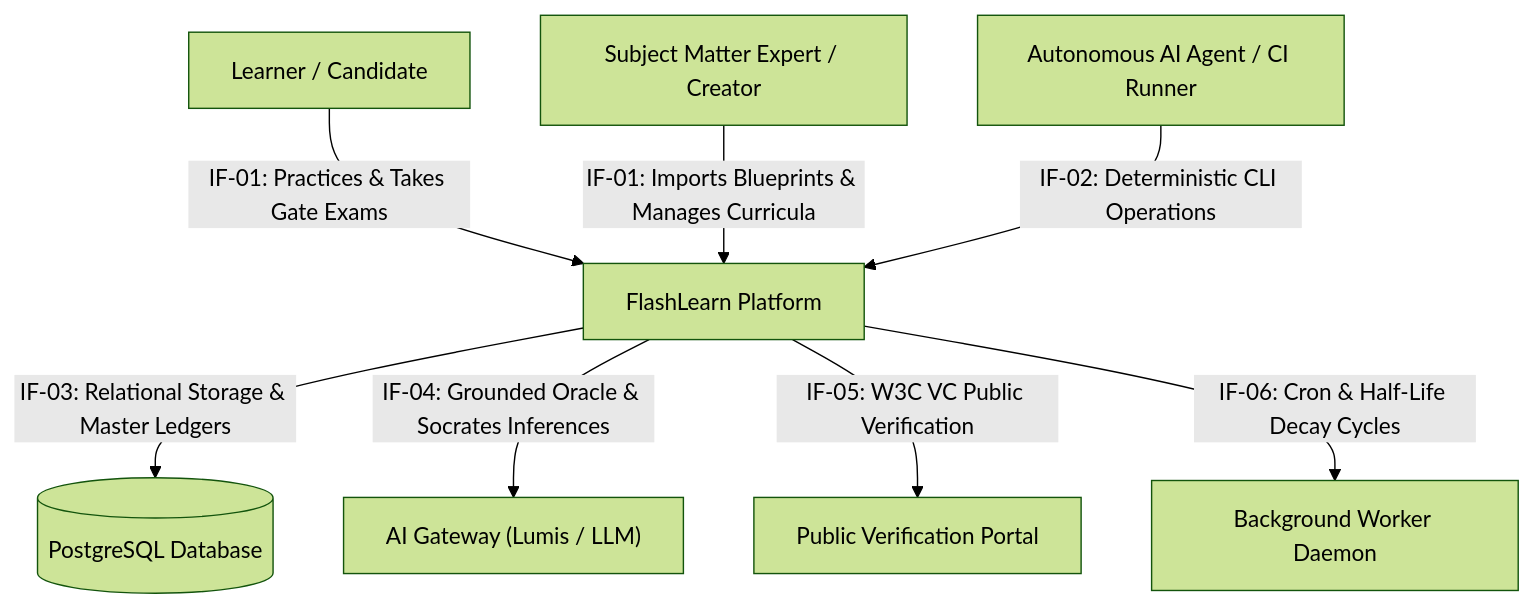
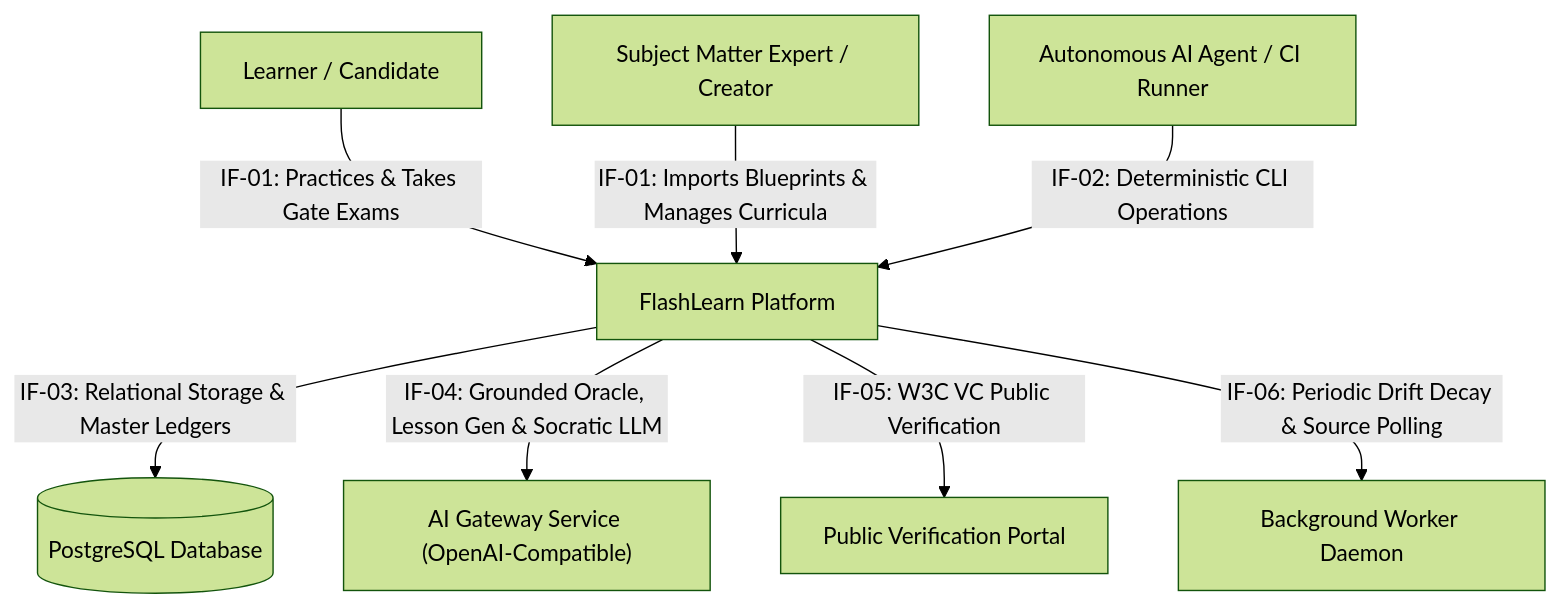
The diagram in docs/architecture/03_context_and_scope.md (ihkaru/flashlearn), drawn with Mermaid (forest theme) before and after one commit. The commit also changed other lines of this file and 69 other files, not shown here.

````diff
--- a/docs/architecture/03_context_and_scope.md
+++ b/docs/architecture/03_context_and_scope.md
@@ -28,11 +26,11 @@
 ```mermaid
 graph TD
     User["Learner / Candidate"] -->|"IF-01: Practices & Takes Gate Exams"| System["FlashLearn Platform"]
     Creator["Subject Matter Expert / Creator"] -->|"IF-01: Imports Blueprints & Manages Curricula"| System
     AgentCLI["Autonomous AI Agent / CI Runner"] -->|"IF-02: Deterministic CLI Operations"| System
-    
+
     System -->|"IF-03: Relational Storage & Master Ledgers"| Database[("PostgreSQL Database")]
-    System -->|"IF-04: Grounded Oracle & Socrates Inferences"| AIGateway["AI Gateway (Lumis / LLM)"]
+    System -->|"IF-04: Grounded Oracle, Lesson Gen & Socratic LLM"| AIGateway["AI Gateway Service (OpenAI-Compatible)"]
     System -->|"IF-05: W3C VC Public Verification"| VerifierPortal["Public Verification Portal"]
-    System -->|"IF-06: Cron & Half-Life Decay Cycles"| Worker["Background Worker Daemon"]
+    System -->|"IF-06: Periodic Drift Decay & Source Polling"| Worker["Background Worker Daemon"]
 ```
````
